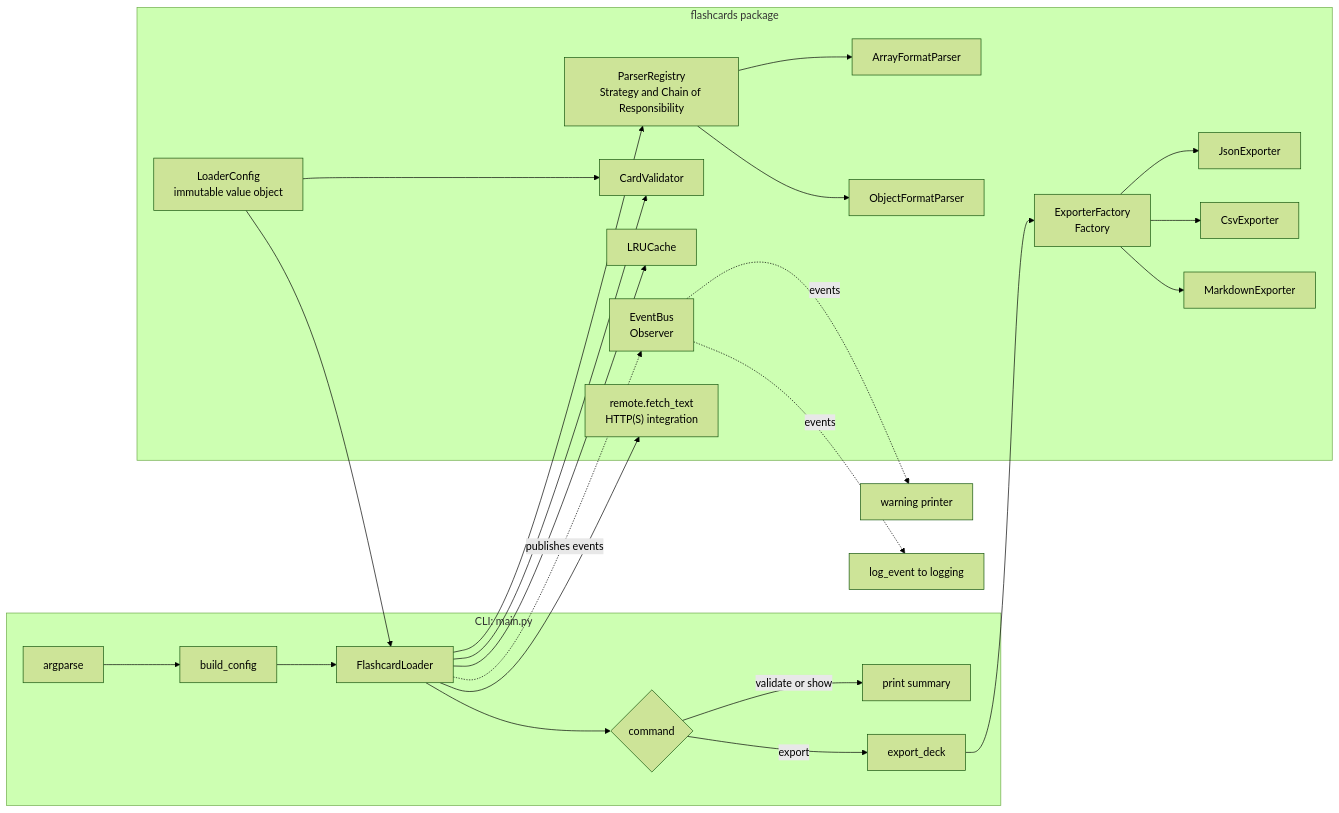
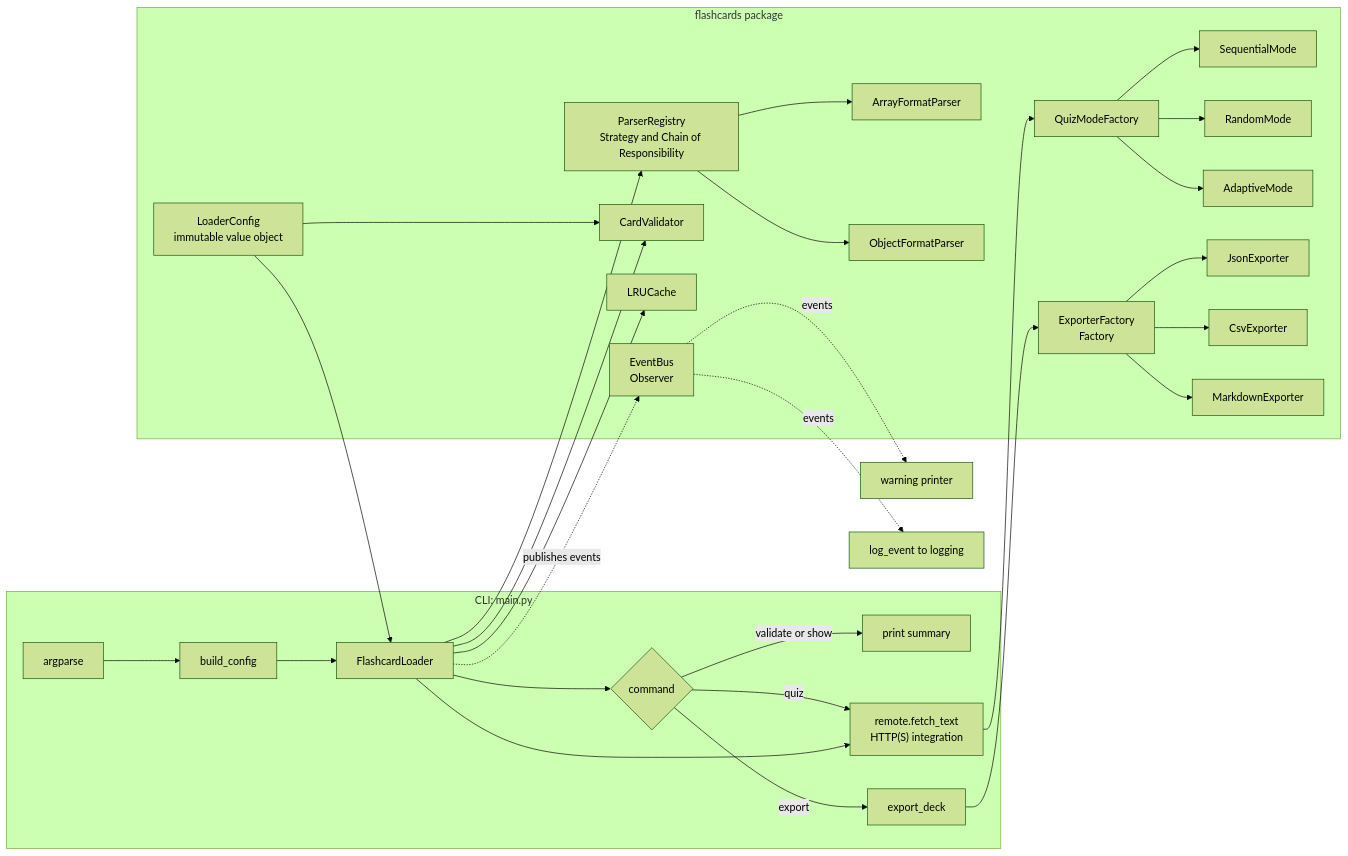
One commit to polarbeargo/nd770-Project-Flashcard-Quizzer-AI-Assisted-CLI-Learning-Application changed the first of 5 diagrams in starter/docs/architecture.md. Above: the diagram before and after it, drawn with Mermaid (forest theme). The commit also changed other lines of this file and 4 other files, not shown here.

````diff
--- a/starter/docs/architecture.md
+++ b/starter/docs/architecture.md
@@ -9,29 +9,34 @@
 ```mermaid
 flowchart LR
     subgraph CLI["CLI: main.py"]
         A["argparse"] --> B["build_config"]
         B --> C["FlashcardLoader"]
         C --> D{"command"}
         D -->|"validate or show"| E["print summary"]
+        D -->|"quiz"| Q["QuizSession"]
         D -->|"export"| F["export_deck"]
     end
 
     subgraph Package["flashcards package"]
+        Q --> QM["QuizModeFactory"]
+        QM --> QS["SequentialMode"]
+        QM --> QR["RandomMode"]
+        QM --> QA["AdaptiveMode"]
         C --> G["ParserRegistry<br/>Strategy and Chain of Responsibility"]
         G --> H["ArrayFormatParser"]
         G --> I["ObjectFormatParser"]
         C --> J["CardValidator"]
         C --> K["LRUCache"]
         C -. "publishes events" .-> L["EventBus<br/>Observer"]
         F --> M["ExporterFactory<br/>Factory"]
         M --> N["JsonExporter"]
         M --> O["CsvExporter"]
         M --> P["MarkdownExporter"]
         C --> Q["remote.fetch_text<br/>HTTP(S) integration"]
         R["LoaderConfig<br/>immutable value object"] --> C
         R --> J
     end
 
     L -. "events" .-> S["warning printer"]
     L -. "events" .-> T["log_event to logging"]
 ```
````
